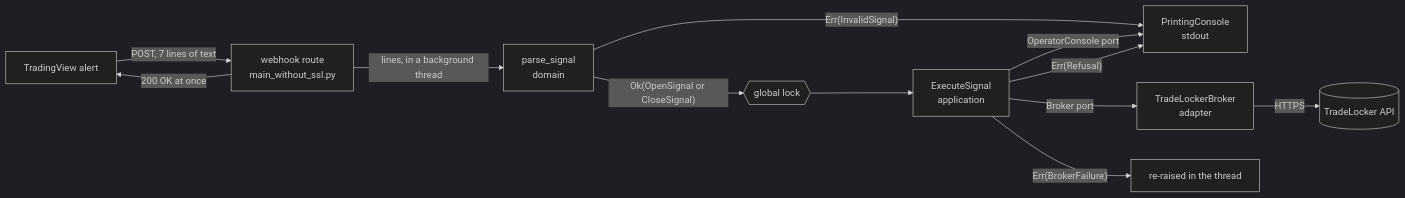
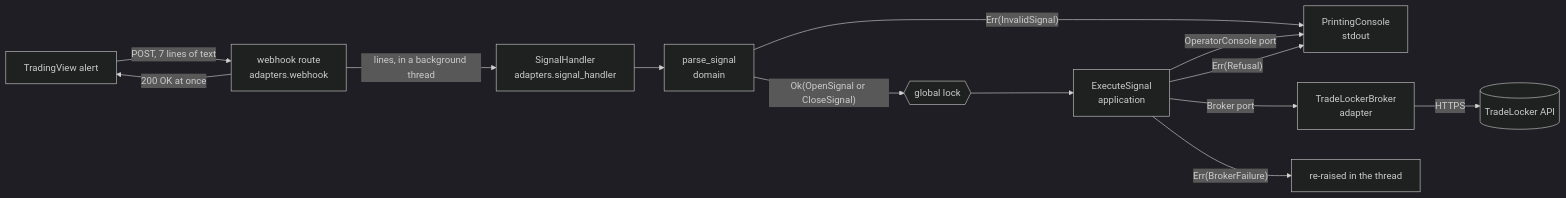
One commit to Akinzou/TradeLockerBot changed the third of 6 diagrams in docs/architecture.md. Above: the diagram before and after it, drawn with Mermaid (dark theme). The commit also changed other lines of this file and 21 other files, not shown here.

First line of the commit message:
refactor: move the webhook and the startup into an adapter and a composition root (roadmap step 5)

````diff
--- a/docs/architecture.md
+++ b/docs/architecture.md
@@ -81,14 +126,15 @@
 ```mermaid
 flowchart LR
-    TV[TradingView alert] -- "POST, 7 lines of text" --> WH[webhook route<br/>main_without_ssl.py]
+    TV[TradingView alert] -- "POST, 7 lines of text" --> WH[webhook route<br/>adapters.webhook]
     WH -- "200 OK at once" --> TV
-    WH -- "lines, in a background thread" --> P[parse_signal<br/>domain]
+    WH -- "lines, in a background thread" --> SH[SignalHandler<br/>adapters.signal_handler]
+    SH --> P[parse_signal<br/>domain]
     P -- "Err(InvalidSignal)" --> CON[PrintingConsole<br/>stdout]
     P -- "Ok(OpenSignal or CloseSignal)" --> LOCK{{global lock}}
     LOCK --> UC[ExecuteSignal<br/>application]
     UC -- "Broker port" --> TLB[TradeLockerBroker<br/>adapter]
     TLB -- "HTTPS" --> API[(TradeLocker API)]
     UC -- "OperatorConsole port" --> CON
     UC -- "Err(Refusal)" --> CON
     UC -- "Err(BrokerFailure)" --> RAISE[re-raised in the thread]
 ```
````
